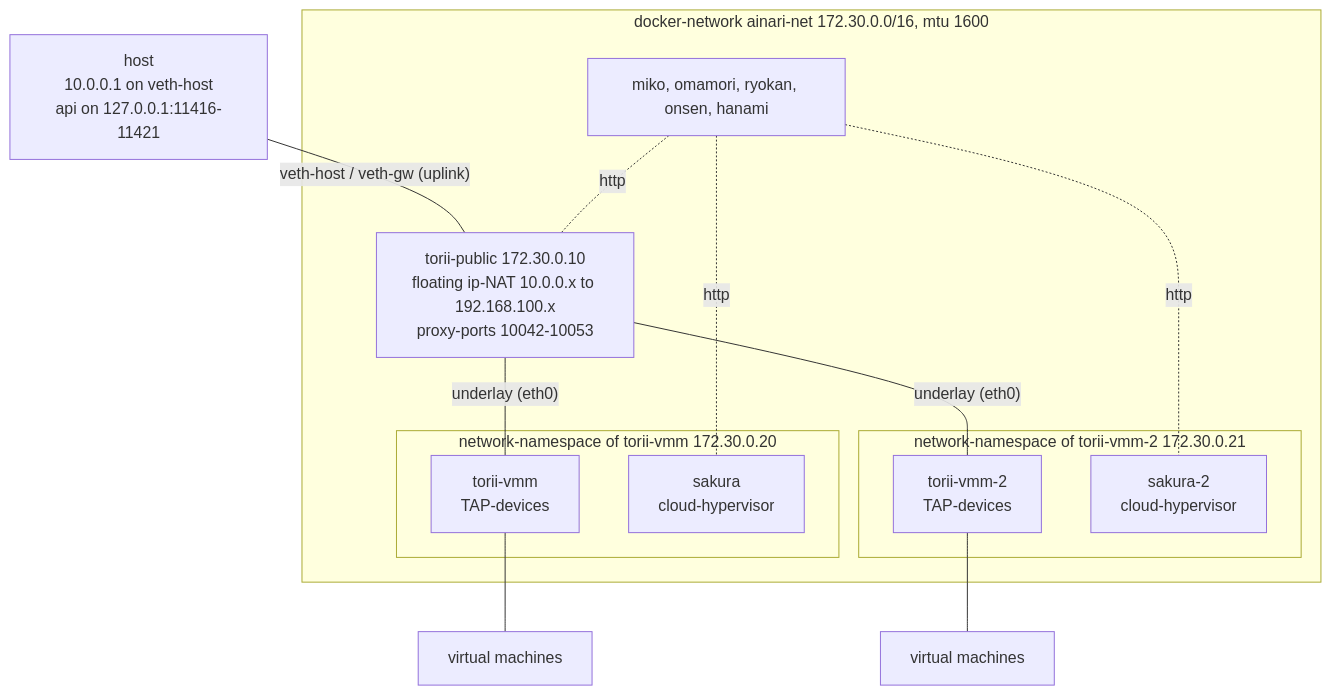
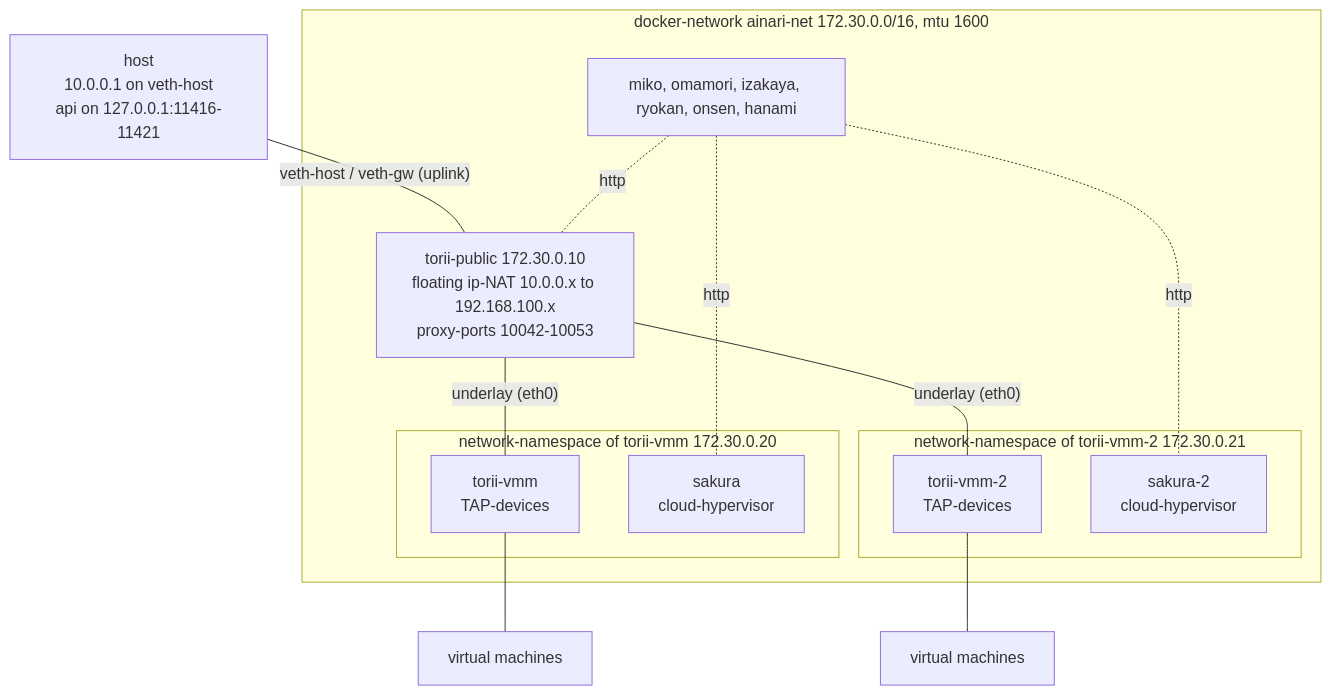
Before and after one commit to kitsudaiki/ainari: the diagram in docs/developer/local_testing/docker_compose_setup.md, drawn with Mermaid. The commit also changed 25 other files, not shown here.

````diff
--- a/docs/developer/local_testing/docker_compose_setup.md
+++ b/docs/developer/local_testing/docker_compose_setup.md
@@ -14,26 +14,26 @@
 ```mermaid
 flowchart TB
     host["host<br/>10.0.0.1 on veth-host<br/>api on 127.0.0.1:11416-11421"]
 
     subgraph docker["docker-network ainari-net 172.30.0.0/16, mtu 1600"]
         public["torii-public 172.30.0.10<br/>floating ip-NAT 10.0.0.x to 192.168.100.x<br/>proxy-ports 10042-10053"]
-        control["miko, omamori, ryokan, onsen, hanami"]
+        control["miko, omamori, izakaya, ryokan, onsen, hanami"]
         subgraph host1["network-namespace of torii-vmm 172.30.0.20"]
             vmm1["torii-vmm<br/>TAP-devices"]
             sakura1["sakura<br/>cloud-hypervisor"]
         end
         subgraph host2["network-namespace of torii-vmm-2 172.30.0.21"]
             vmm2["torii-vmm-2<br/>TAP-devices"]
             sakura2["sakura-2<br/>cloud-hypervisor"]
         end
     end
 
     host -- "veth-host / veth-gw (uplink)" --- public
     public -- "underlay (eth0)" --- vmm1
     public -- "underlay (eth0)" --- vmm2
     vmm1 --- vm1["virtual machines"]
     vmm2 --- vm2["virtual machines"]
     control -. "http" .- public
     control -. "http" .- sakura1
     control -. "http" .- sakura2
 ```
````
